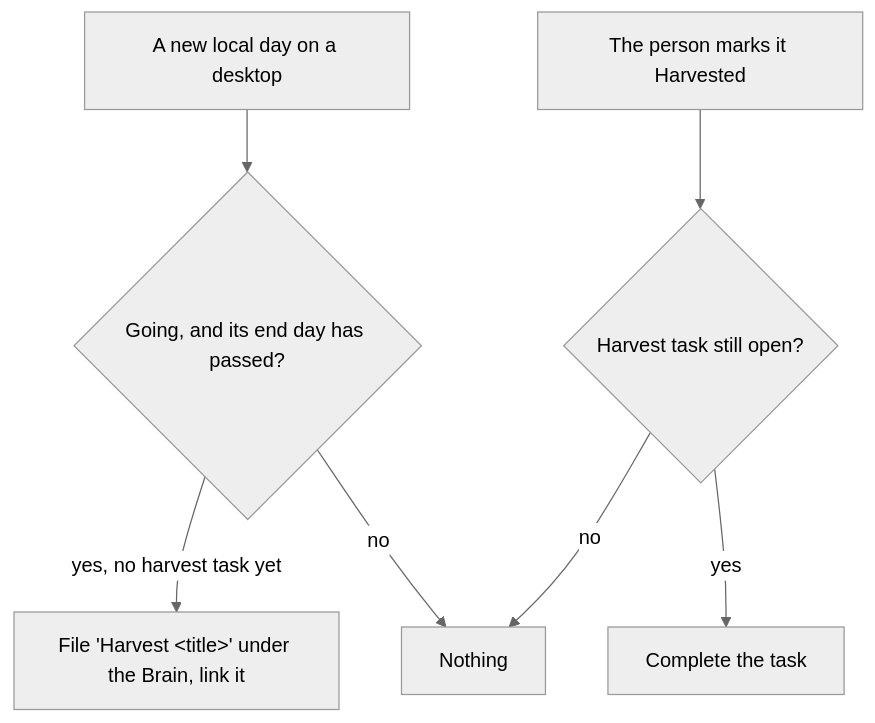
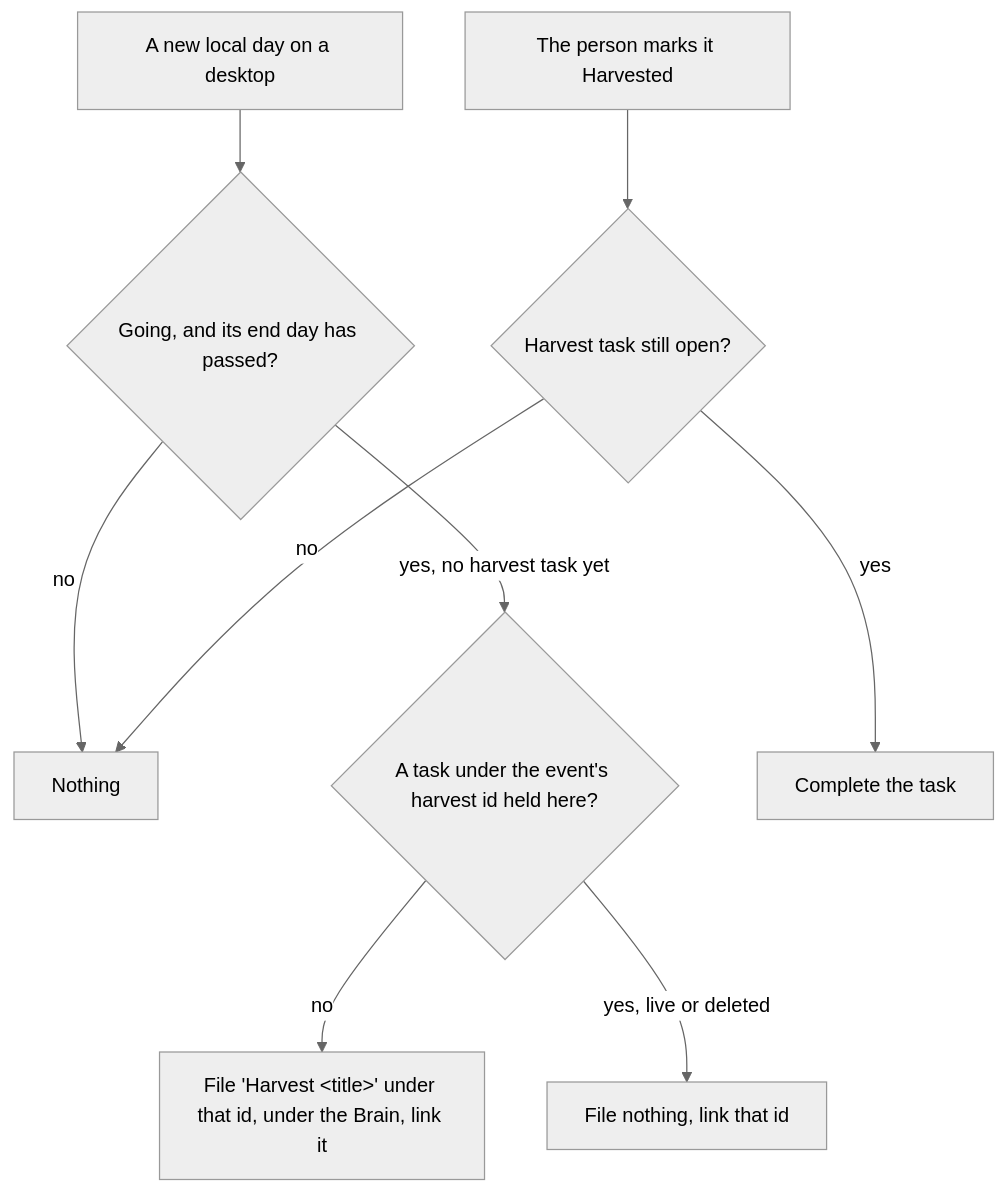
The second of 2 diagrams in .devbook/domain/events/domain.md (JSdotNet/Backlog), drawn with Mermaid (neutral theme) before and after one commit. The commit also changed other lines of this file and 29 other files, not shown here.

First line of the commit message:
fix(events): file one harvest task per event across desktops

````diff
--- a/.devbook/domain/events/domain.md
+++ b/.devbook/domain/events/domain.md
@@ -259,9 +259,11 @@
 ```mermaid
 flowchart TD
     Day["A new local day on a desktop"] --> Due{"Going, and its end day has passed?"}
     Due -->|no| Nothing["Nothing"]
-    Due -->|yes, no harvest task yet| File["File 'Harvest &lt;title&gt;' under the Brain, link it"]
+    Due -->|yes, no harvest task yet| Held{"A task under the event's harvest id held here?"}
+    Held -->|no| File["File 'Harvest &lt;title&gt;' under that id, under the Brain, link it"]
+    Held -->|"yes, live or deleted"| Link["File nothing, link that id"]
     Mark["The person marks it Harvested"] --> Open{"Harvest task still open?"}
     Open -->|yes| Complete["Complete the task"]
     Open -->|no| Nothing
 ```
````
